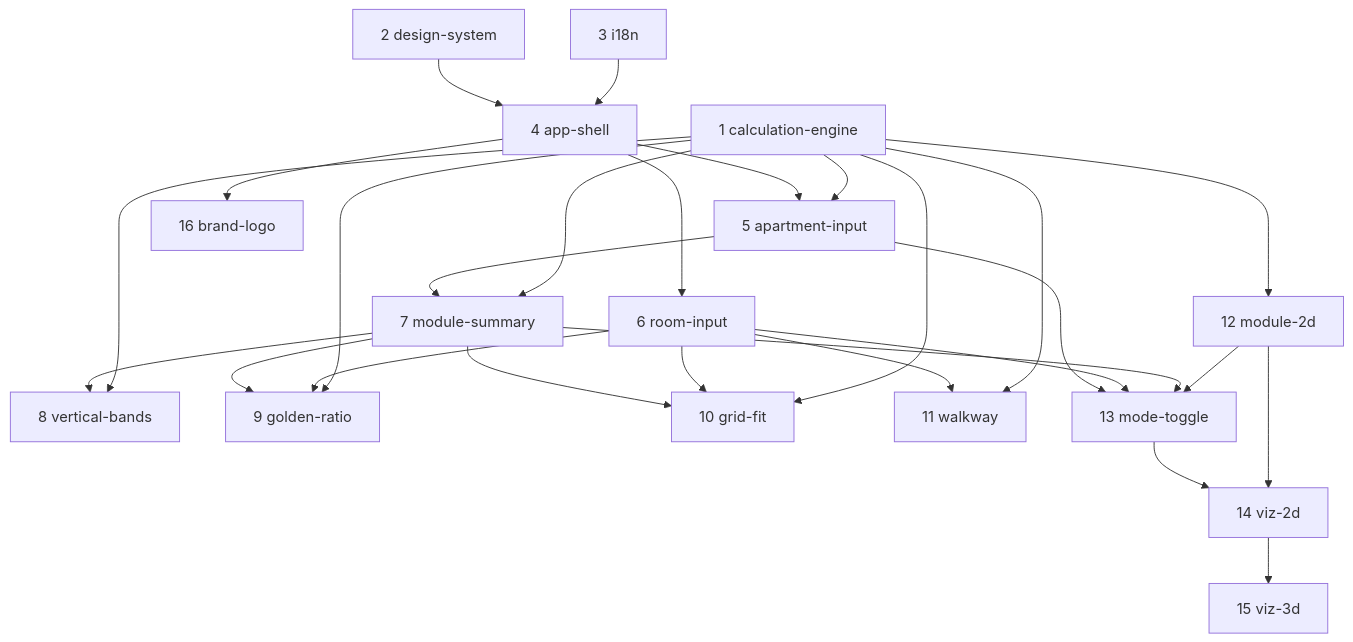
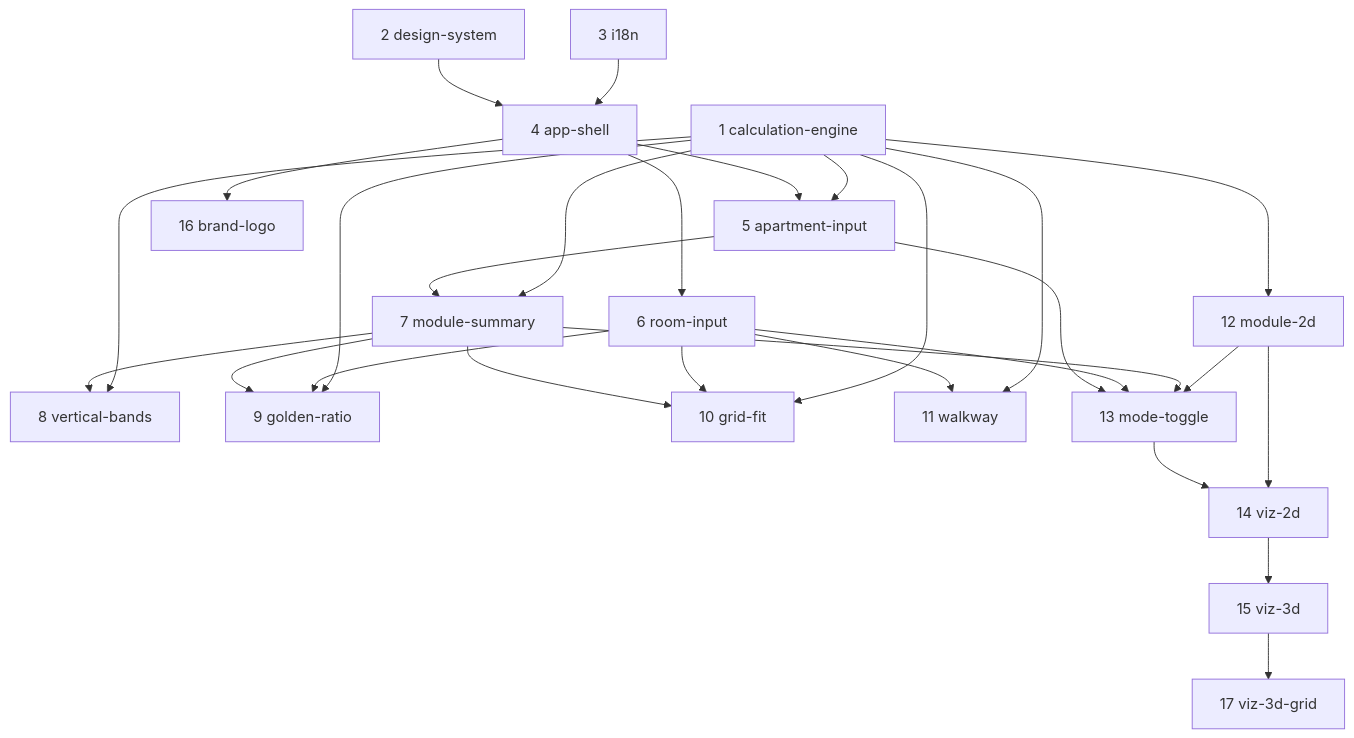
The diagram in docs/CAPABILITIES.md (Igor-Kalyniak/golden-ratio), drawn with Mermaid before and after one commit. The commit also changed other lines of this file and 5 other files, not shown here.

First line of the commit message:
propose(viz-3d-grid): proposal + design + spec delta + tasks

````diff
--- a/docs/CAPABILITIES.md
+++ b/docs/CAPABILITIES.md
@@ -171,46 +177,48 @@
 ```mermaid
 graph TD
   CE[1 calculation-engine]
   DS[2 design-system]
   I18N[3 i18n]
   SH[4 app-shell]
   AI[5 apartment-input]
   RI[6 room-input]
   MS[7 module-summary]
   VB[8 vertical-bands]
   GR[9 golden-ratio]
   GF[10 grid-fit]
   WK[11 walkway]
   M2[12 module-2d]
   MT[13 mode-toggle]
   V2[14 viz-2d]
   V3[15 viz-3d]
   LOGO[16 brand-logo]
+  V3G[17 viz-3d-grid]
 
   DS --> SH
   I18N --> SH
   SH --> AI
   SH --> RI
   AI --> MS
   CE --> MS
   CE --> AI
   MS --> VB
   MS --> GR
   MS --> GF
   RI --> GR
   RI --> GF
   RI --> WK
   CE --> VB
   CE --> GR
   CE --> GF
   CE --> WK
   CE --> M2
   AI --> MT
   RI --> MT
   MS --> MT
   M2 --> MT
   MT --> V2
   M2 --> V2
   V2 --> V3
   SH --> LOGO
+  V3 --> V3G
 ```
````
